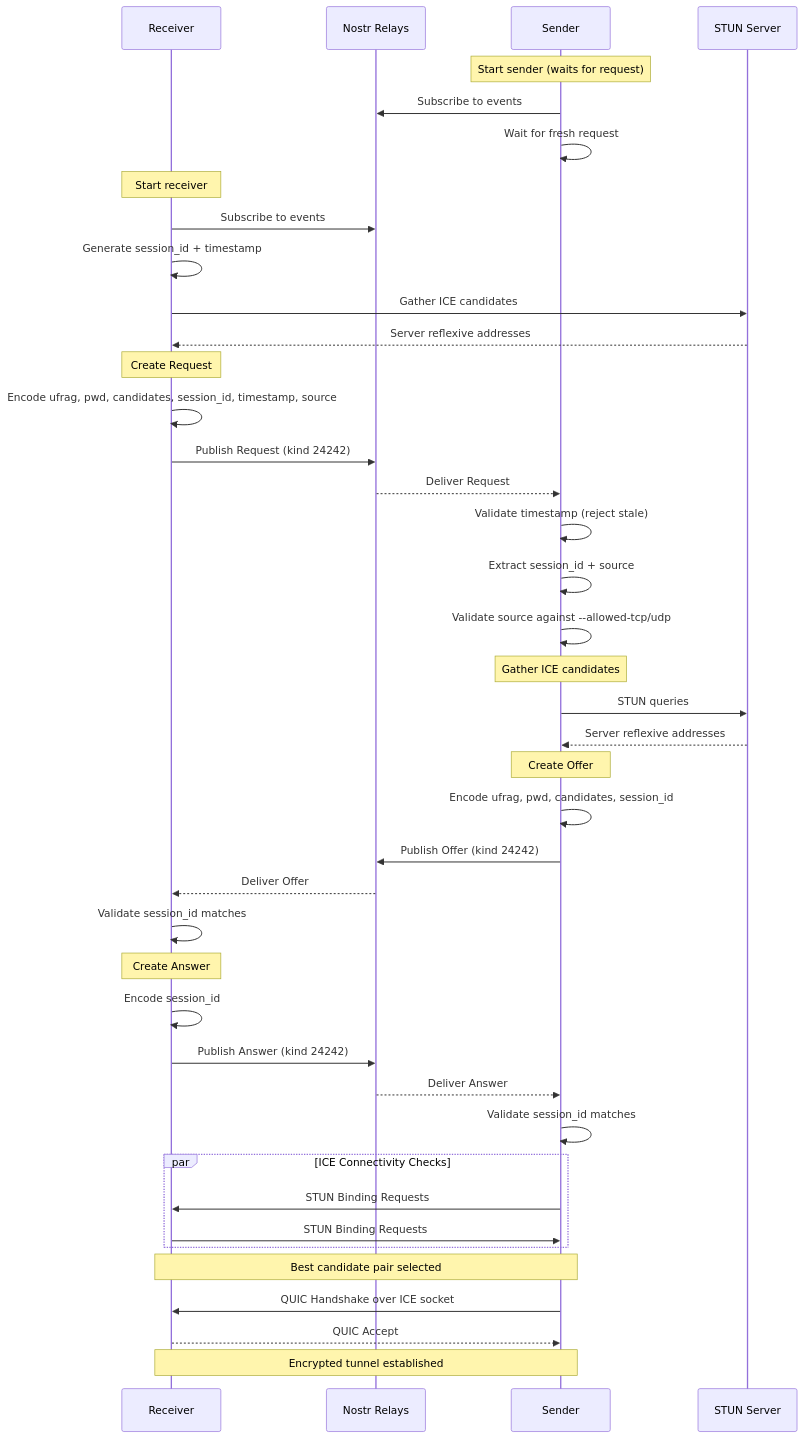
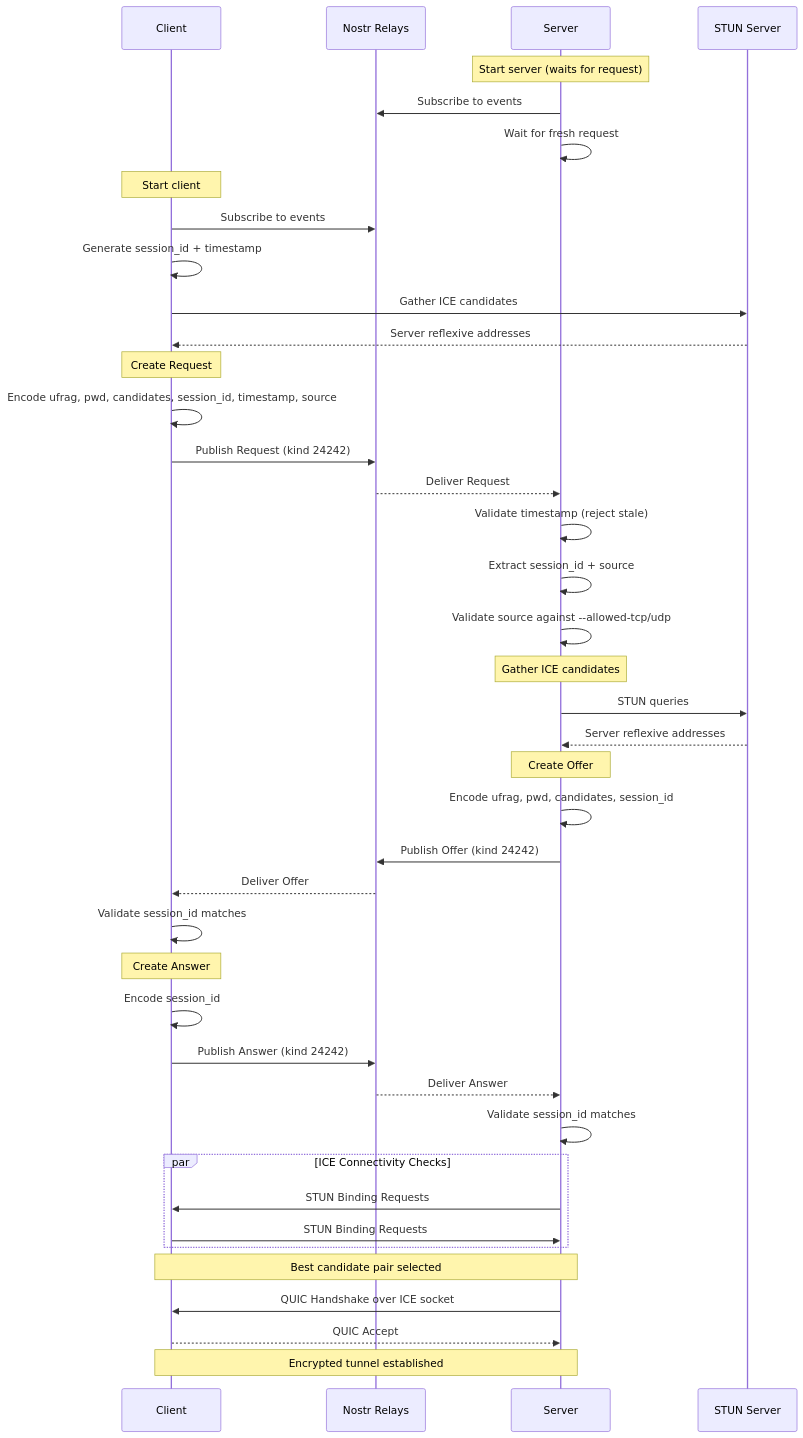
Diagram 19 of 35 in docs/ARCHITECTURE.md (andrewtheguy/vpn-rs), drawn with Mermaid before and after one commit. The commit also changed other lines of this file, not shown here.

Commit message:
feat: update architecture documentation to reflect server-client terminology and clarify operational modes

````diff
--- a/docs/ARCHITECTURE.md
+++ b/docs/ARCHITECTURE.md
@@ -784,56 +784,56 @@
 ```mermaid
 sequenceDiagram
-    participant R as Receiver
+    participant C as Client
     participant NR as Nostr Relays
-    participant S as Sender
+    participant S as Server
     participant STUN as STUN Server
 
-    Note over S: Start sender (waits for request)
+    Note over S: Start server (waits for request)
     S->>NR: Subscribe to events
     S->>S: Wait for fresh request
 
-    Note over R: Start receiver
-    R->>NR: Subscribe to events
-    R->>R: Generate session_id + timestamp
-    R->>STUN: Gather ICE candidates
-    STUN-->>R: Server reflexive addresses
+    Note over C: Start client
+    C->>NR: Subscribe to events
+    C->>C: Generate session_id + timestamp
+    C->>STUN: Gather ICE candidates
+    STUN-->>C: Server reflexive addresses
 
-    Note over R: Create Request
-    R->>R: Encode ufrag, pwd, candidates, session_id, timestamp, source
-    R->>NR: Publish Request (kind 24242)
+    Note over C: Create Request
+    C->>C: Encode ufrag, pwd, candidates, session_id, timestamp, source
+    C->>NR: Publish Request (kind 24242)
 
     NR-->>S: Deliver Request
     S->>S: Validate timestamp (reject stale)
     S->>S: Extract session_id + source
     S->>S: Validate source against --allowed-tcp/udp
 
     Note over S: Gather ICE candidates
     S->>STUN: STUN queries
     STUN-->>S: Server reflexive addresses
 
     Note over S: Create Offer
     S->>S: Encode ufrag, pwd, candidates, session_id
     S->>NR: Publish Offer (kind 24242)
 
-    NR-->>R: Deliver Offer
-    R->>R: Validate session_id matches
+    NR-->>C: Deliver Offer
+    C->>C: Validate session_id matches
 
-    Note over R: Create Answer
-    R->>R: Encode session_id
-    R->>NR: Publish Answer (kind 24242)
+    Note over C: Create Answer
+    C->>C: Encode session_id
+    C->>NR: Publish Answer (kind 24242)
 
     NR-->>S: Deliver Answer
     S->>S: Validate session_id matches
 
     par ICE Connectivity Checks
-        S->>R: STUN Binding Requests
-        R->>S: STUN Binding Requests
+        S->>C: STUN Binding Requests
+        C->>S: STUN Binding Requests
     end
 
-    Note over S,R: Best candidate pair selected
+    Note over S,C: Best candidate pair selected
 
-    S->>R: QUIC Handshake over ICE socket
-    R-->>S: QUIC Accept
+    S->>C: QUIC Handshake over ICE socket
+    C-->>S: QUIC Accept
 
-    Note over S,R: Encrypted tunnel established
+    Note over S,C: Encrypted tunnel established
 ```
````
